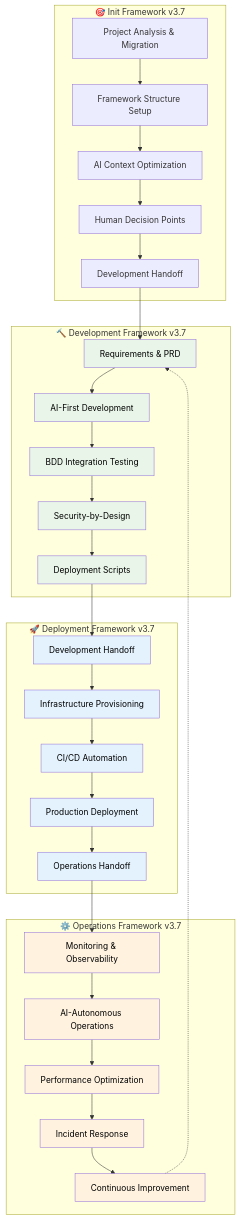
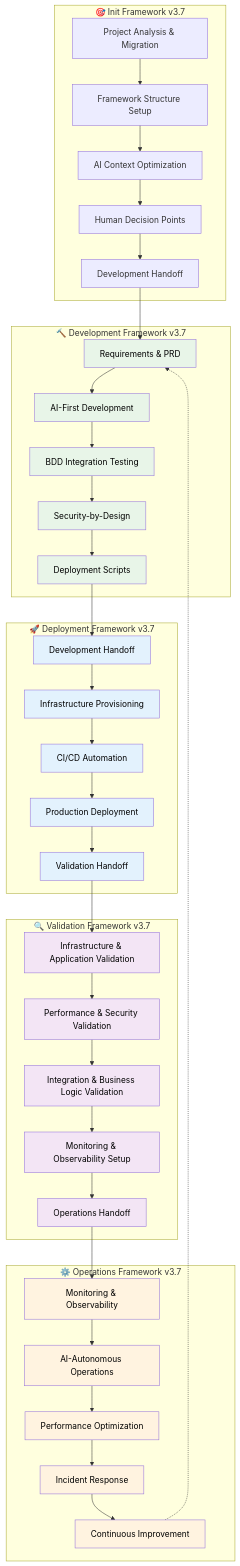
The diagram in README.md (vladm3105/aiops_framework), drawn with Mermaid before and after one commit. The commit also changed other lines of this file and 13 other files, not shown here.

First line of the commit message:
Add Operations Handoff Procedures and Validation Framework v3.7 documentation

```diff
--- a/README.md
+++ b/README.md
@@ -63,7 +64,15 @@
         B2[Infrastructure Provisioning]
         B3[CI/CD Automation]
         B4[Production Deployment]
-        B5[Operations Handoff]
+        B5[Validation Handoff]
+    end
+    
+    subgraph "🔍 Validation Framework v3.7"
+        V1[Infrastructure & Application Validation]
+        V2[Performance & Security Validation]
+        V3[Integration & Business Logic Validation]
+        V4[Monitoring & Observability Setup]
+        V5[Operations Handoff]
     end
     
     subgraph "⚙️ Operations Framework v3.7"
@@ -90,7 +99,13 @@
     B2 --> B3
     B3 --> B4
     B4 --> B5
-    B5 --> C1
+    B5 --> V1
+    
+    V1 --> V2
+    V2 --> V3
+    V3 --> V4
+    V4 --> V5
+    V5 --> C1
     
     C1 --> C2
     C2 --> C3
@@ -109,6 +124,11 @@
     style B3 fill:#e3f2fd,color:#000
     style B4 fill:#e3f2fd,color:#000
     style B5 fill:#e3f2fd,color:#000
+    style V1 fill:#f3e5f5,color:#000
+    style V2 fill:#f3e5f5,color:#000
+    style V3 fill:#f3e5f5,color:#000
+    style V4 fill:#f3e5f5,color:#000
+    style V5 fill:#f3e5f5,color:#000
     style C1 fill:#fff3e0,color:#000
     style C2 fill:#fff3e0,color:#000
     style C3 fill:#fff3e0,color:#000
```
